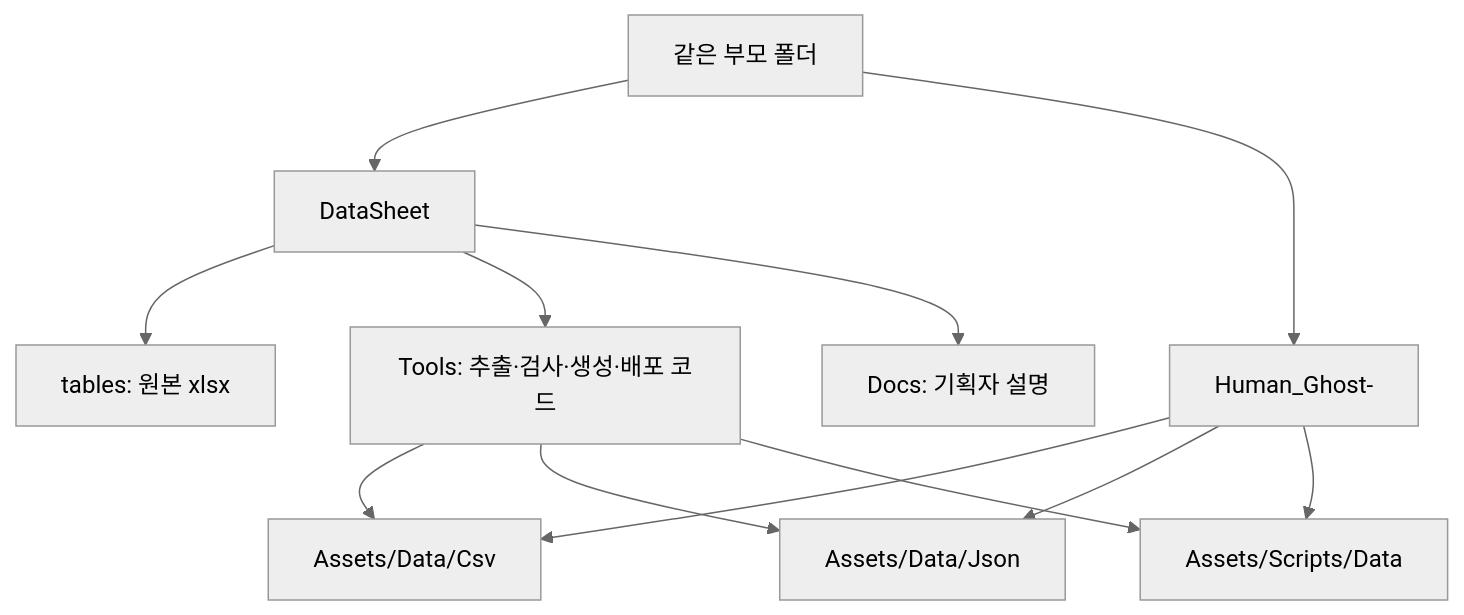
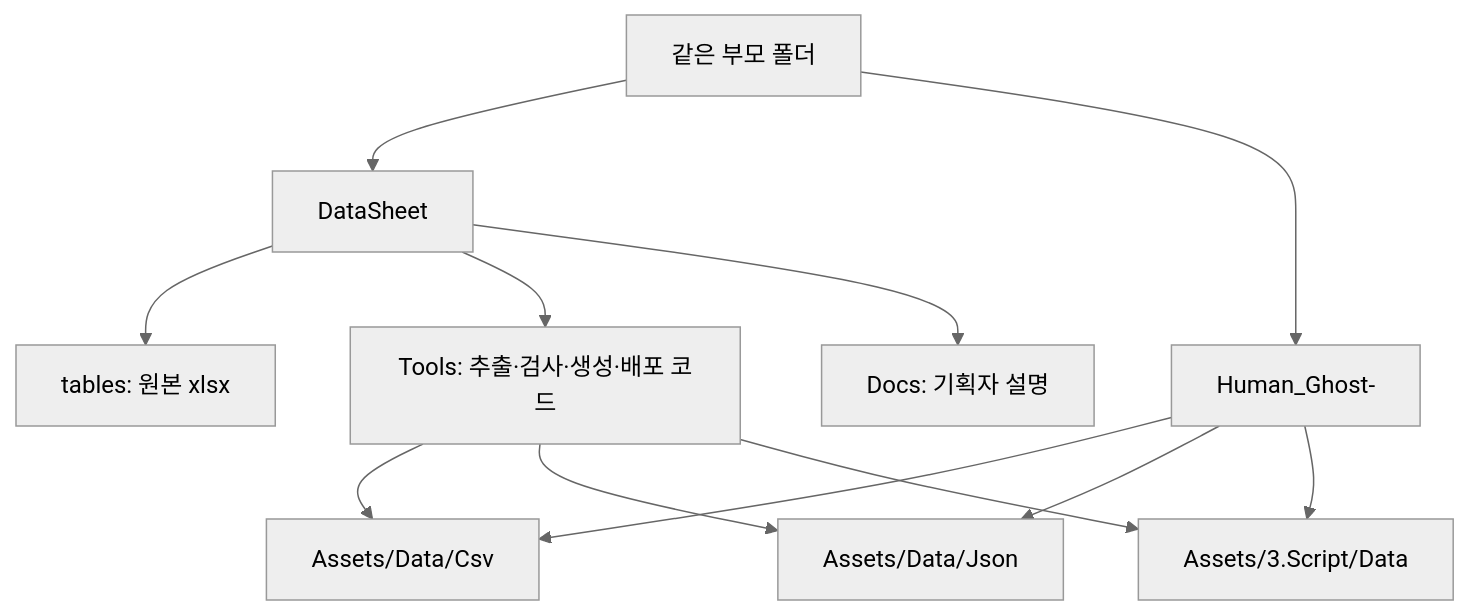
The second of 6 diagrams in README.md (hyunho9228-web/DataSheet), drawn with Mermaid (neutral theme) before and after one commit. The commit also changed other lines of this file and 4 other files, not shown here.

````diff
--- a/README.md
+++ b/README.md
@@ -33,14 +33,14 @@
 ```mermaid
 flowchart TD
     P[같은 부모 폴더] --> D[DataSheet]
     P --> U[Human_Ghost-]
     D --> T[tables: 원본 xlsx]
     D --> S[Tools: 추출·검사·생성·배포 코드]
     D --> G[Docs: 기획자 설명]
     S --> C[Assets/Data/Csv]
     S --> J[Assets/Data/Json]
-    S --> K[Assets/Scripts/Data]
+    S --> K[Assets/3.Script/Data]
     U --> C
     U --> J
     U --> K
 ```
````
